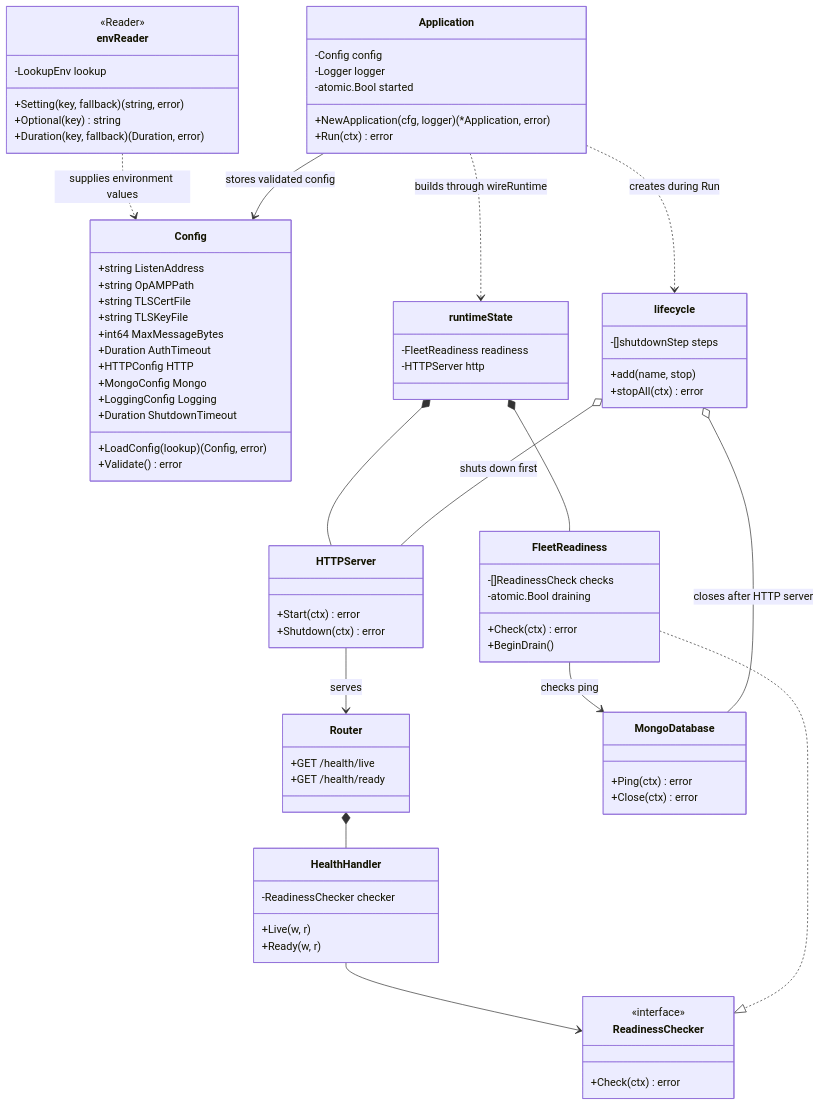
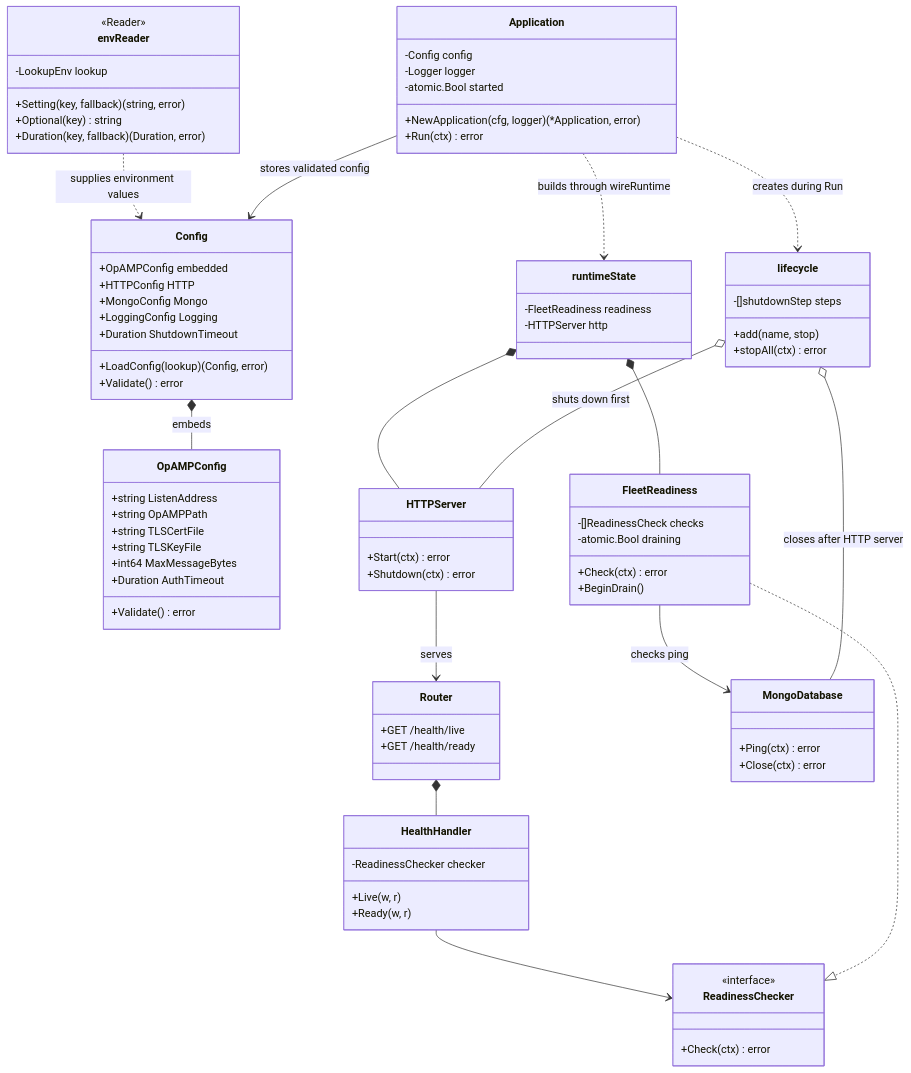
Before and after one commit to AR-IMMS/fleet-manager: the diagram in docs/local/architecture/runtime-configuration-and-application.md, drawn with Mermaid. The commit also changed other lines of this file and 18 other files, not shown here.

```diff
--- a/docs/local/architecture/runtime-configuration-and-application.md
+++ b/docs/local/architecture/runtime-configuration-and-application.md
@@ -24,17 +25,21 @@
 classDiagram
 direction TB
     class Config {
+        +OpAMPConfig embedded
+        +HTTPConfig HTTP
+        +MongoConfig Mongo
+        +LoggingConfig Logging
+        +Duration ShutdownTimeout
+        +LoadConfig(lookup) (Config, error)
+        +Validate() error
+    }
+    class OpAMPConfig {
         +string ListenAddress
         +string OpAMPPath
         +string TLSCertFile
         +string TLSKeyFile
         +int64 MaxMessageBytes
         +Duration AuthTimeout
-        +HTTPConfig HTTP
-        +MongoConfig Mongo
-        +LoggingConfig Logging
-        +Duration ShutdownTimeout
-        +LoadConfig(lookup) (Config, error)
         +Validate() error
     }
     class envReader {
@@ -88,6 +93,7 @@
         +Check(ctx) error
     }
     envReader ..> Config : supplies environment values
+    Config *-- OpAMPConfig : embeds
     Application --> Config : stores validated config
     Application ..> lifecycle : creates during Run
     Application ..> runtimeState : builds through wireRuntime
```
